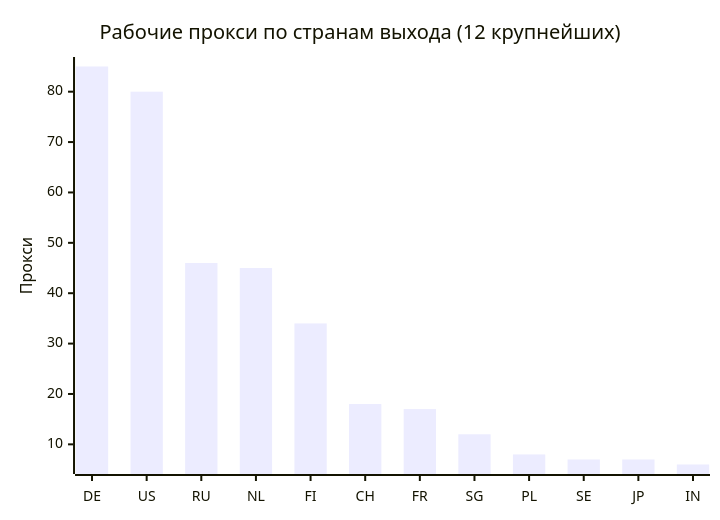
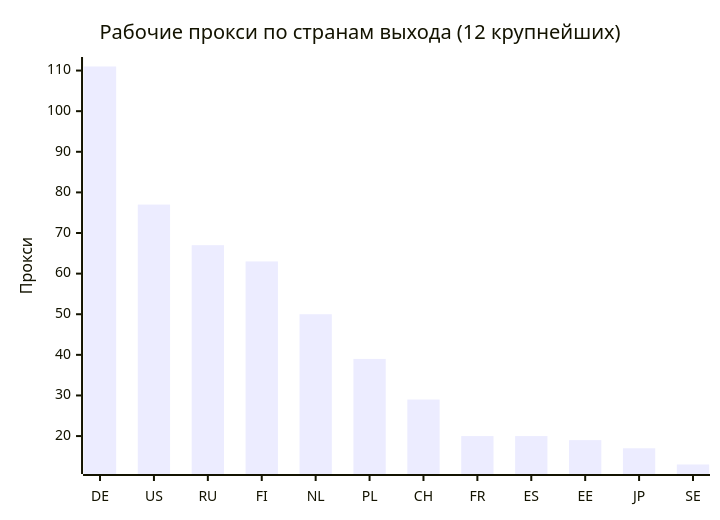
Before and after one commit to rvvg/proxy-subs: the second of 4 diagrams in README.md, drawn with Mermaid. The commit also changed other lines of this file and 48 other files, not shown here.

````diff
--- a/README.md
+++ b/README.md
@@ -125,7 +129,7 @@
 ```mermaid
 xychart-beta
     title "Рабочие прокси по странам выхода (12 крупнейших)"
-    x-axis ["DE", "US", "RU", "NL", "FI", "CH", "FR", "SG", "PL", "SE", "JP", "IN"]
+    x-axis ["DE", "US", "RU", "FI", "NL", "PL", "CH", "FR", "ES", "EE", "JP", "SE"]
     y-axis "Прокси"
-    bar [85, 80, 46, 45, 34, 18, 17, 12, 8, 7, 7, 6]
+    bar [111, 77, 67, 63, 50, 39, 29, 20, 20, 19, 17, 13]
 ```
````
